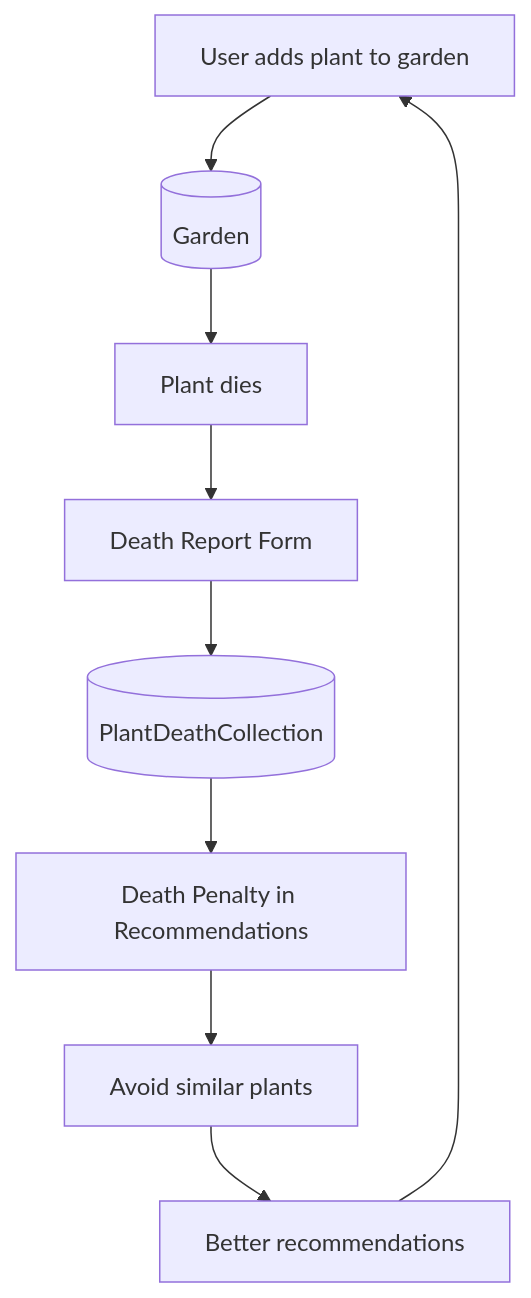
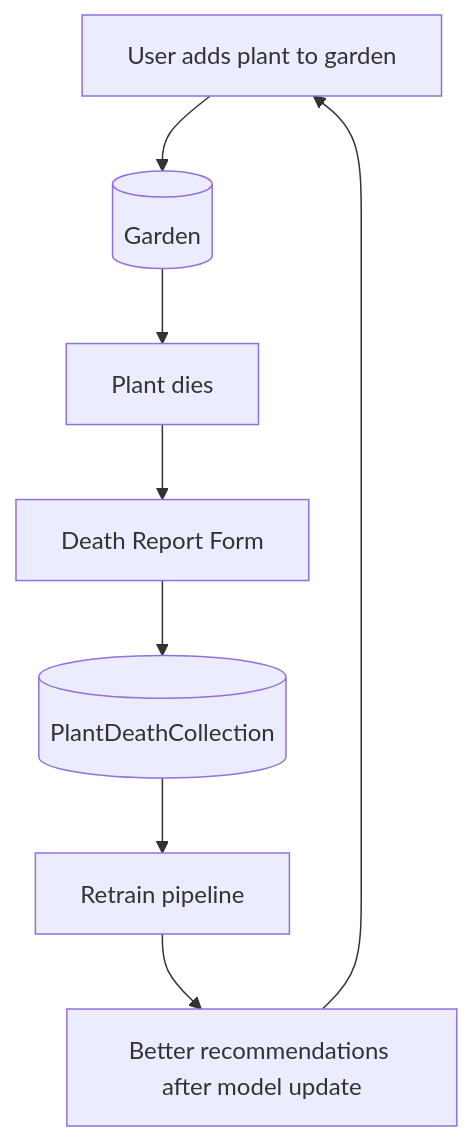
One commit to JaredAung/HowToNotKillYourPlants changed the third of 4 diagrams in README.md. Above: the diagram before and after it, drawn with Mermaid. The commit also changed other lines of this file and 43 other files, not shown here.

````diff
--- a/README.md
+++ b/README.md
@@ -237,13 +228,12 @@
 ```mermaid
 flowchart TD
 
 User[User adds plant to garden]
 User --> Garden[(Garden)]
 Garden --> PlantDies[Plant dies]
 PlantDies --> DeathReport[Death Report Form]
 DeathReport --> DeathDB[(PlantDeathCollection)]
-DeathDB --> Penalty[Death Penalty in Recommendations]
-Penalty --> AvoidSimilar[Avoid similar plants]
-AvoidSimilar --> BetterRecs[Better recommendations]
+DeathDB --> Retrain[Retrain pipeline]
+Retrain --> BetterRecs[Better recommendations after model update]
 BetterRecs --> User
 ```
````
